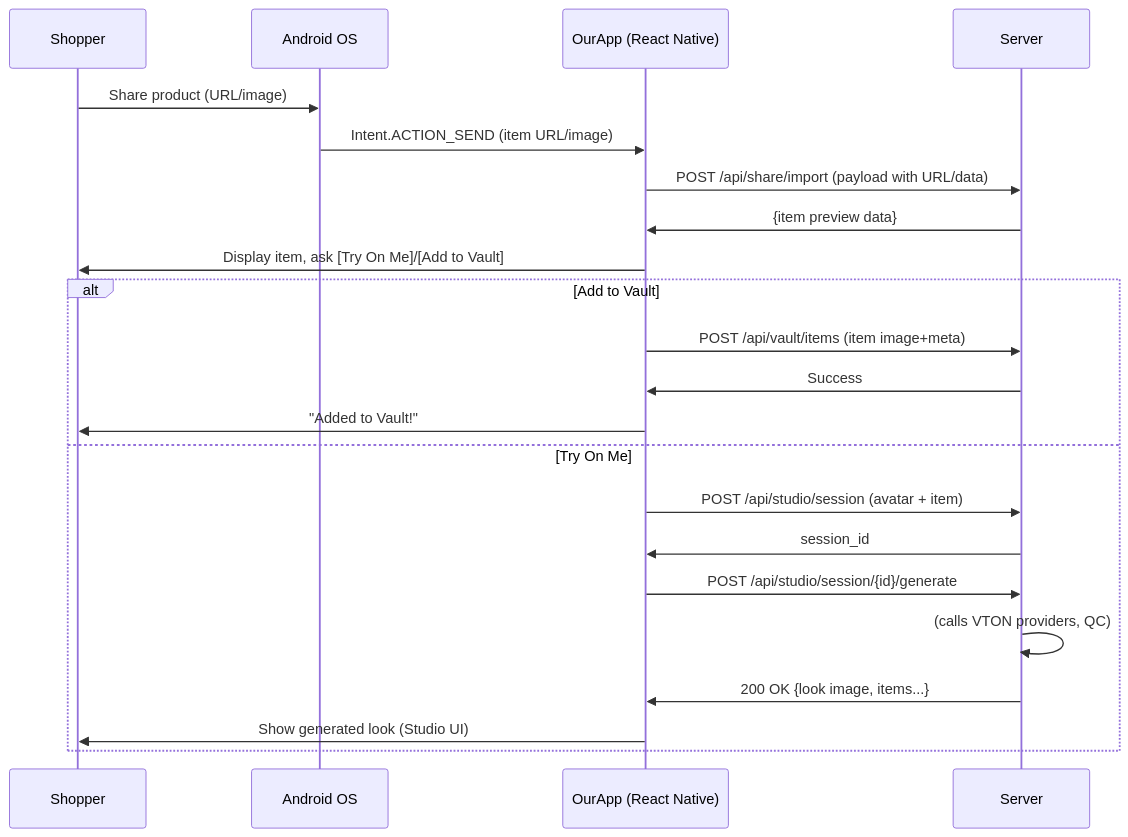
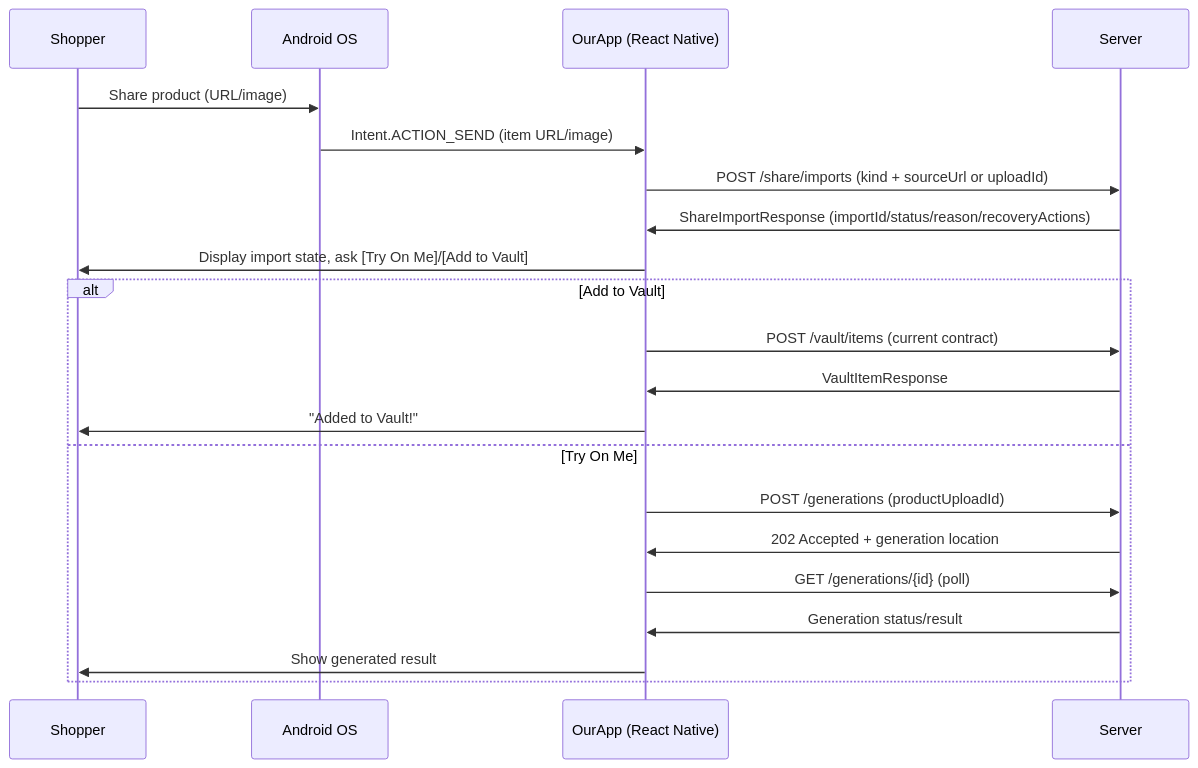
Before and after one commit to abhiram264/VTON: the second of 4 diagrams in docs/VTON-PRD.md, drawn with Mermaid. The commit also changed other lines of this file and 195 other files, not shown here.

````diff
--- a/docs/VTON-PRD.md
+++ b/docs/VTON-PRD.md
@@ -265,25 +208,24 @@
 ```mermaid
 sequenceDiagram
     participant User as Shopper
     participant Android as Android OS
     participant App as OurApp (React Native)
     participant Server
 
     User->>Android: Share product (URL/image)
     Android->>App: Intent.ACTION_SEND (item URL/image)
-    App->>Server: POST /api/share/import (payload with URL/data)
-    Server->>App: {item preview data}
-    App->>User: Display item, ask [Try On Me]/[Add to Vault]
+    App->>Server: POST /share/imports (kind + sourceUrl or uploadId)
+    Server->>App: ShareImportResponse (importId/status/reason/recoveryActions)
+    App->>User: Display import state, ask [Try On Me]/[Add to Vault]
     alt Add to Vault
-        App->>Server: POST /api/vault/items (item image+meta)
-        Server->>App: Success
+        App->>Server: POST /vault/items (current contract)
+        Server->>App: VaultItemResponse
         App->>User: "Added to Vault!"
     else Try On Me
-        App->>Server: POST /api/studio/session (avatar + item)
-        Server->>App: session_id
-        App->>Server: POST /api/studio/session/{id}/generate
-        Server->>Server: (calls VTON providers, QC)
-        Server->>App: 200 OK {look image, items...}
-        App->>User: Show generated look (Studio UI)
+        App->>Server: POST /generations (productUploadId)
+        Server->>App: 202 Accepted + generation location
+        App->>Server: GET /generations/{id} (poll)
+        Server->>App: Generation status/result
+        App->>User: Show generated result
     end
 ```
````
